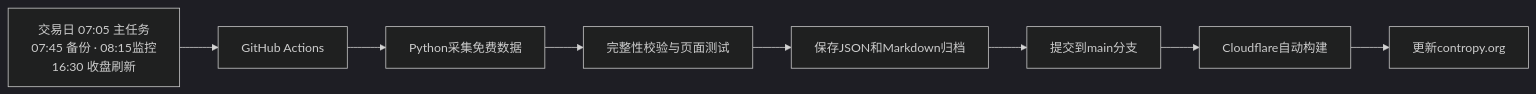
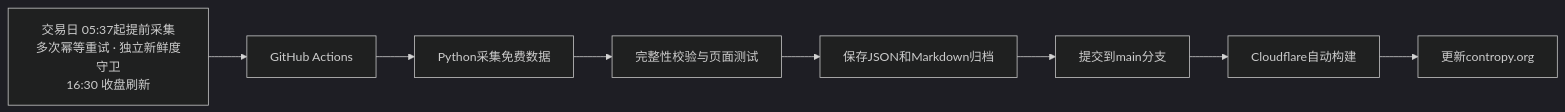
Before and after one commit to liao497/contropy-site: the diagram in README.md, drawn with Mermaid (dark theme). The commit also changed other lines of this file and 6 other files, not shown here.

````diff
--- a/README.md
+++ b/README.md
@@ -27,10 +27,10 @@
 ```mermaid
 flowchart LR
-    A[交易日 07:05 主任务<br/>07:45 备份 · 08:15监控<br/>16:30 收盘刷新] --> B[GitHub Actions]
+    A[交易日 05:37起提前采集<br/>多次幂等重试 · 独立新鲜度守卫<br/>16:30 收盘刷新] --> B[GitHub Actions]
     B --> C[Python采集免费数据]
     C --> D[完整性校验与页面测试]
     D --> E[保存JSON和Markdown归档]
     E --> F[提交到main分支]
     F --> G[Cloudflare自动构建]
     G --> H[更新contropy.org]
 ```
````
